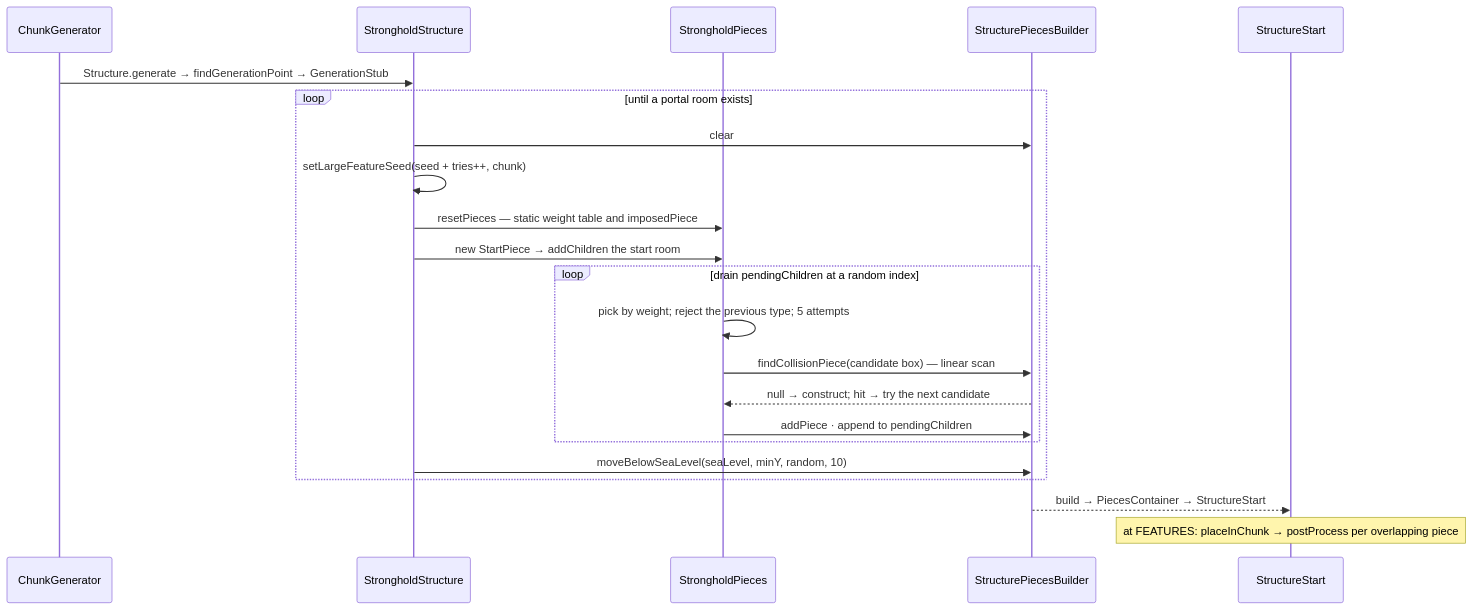
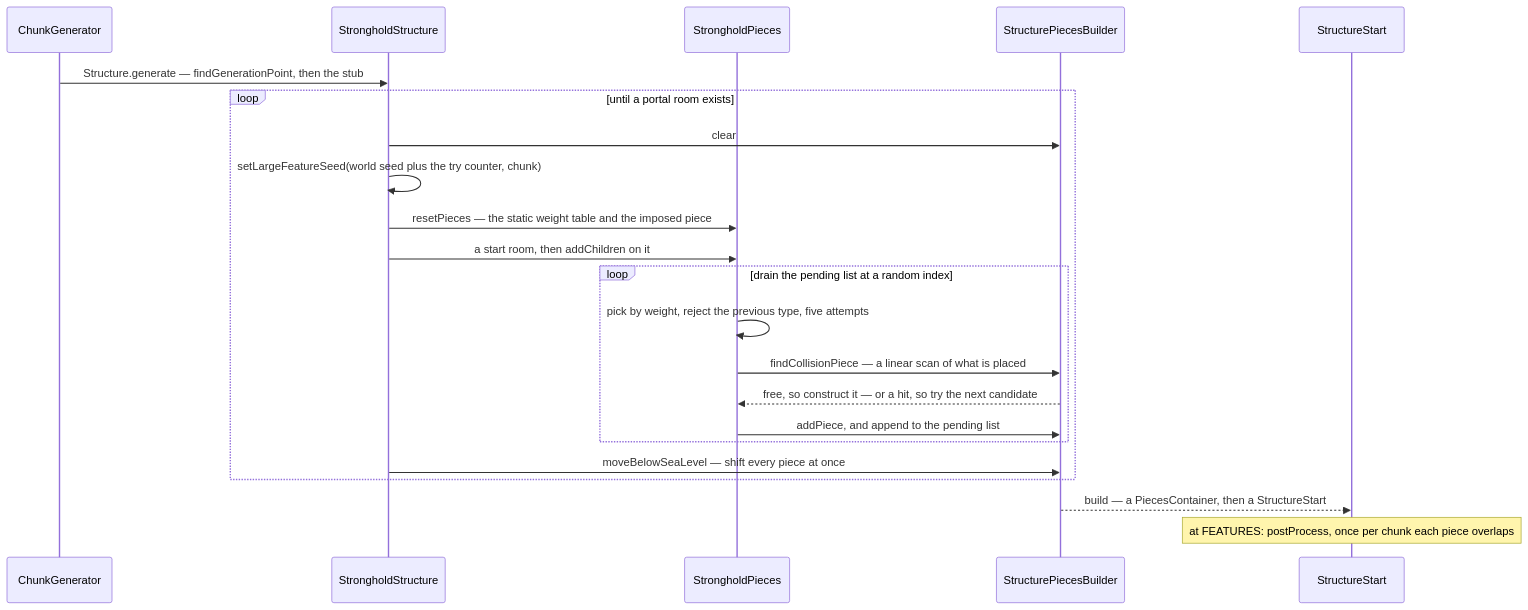
One commit to AlexanderjFraser/MinecraftDocs changed the diagram in src/systems/worldgen/hand-built-structures.md. Above: the diagram before and after it, drawn with Mermaid. The commit also changed other lines of this file and 27 other files, not shown here.

````diff
--- a/src/systems/worldgen/hand-built-structures.md
+++ b/src/systems/worldgen/hand-built-structures.md
@@ -111,25 +90,25 @@
 ```mermaid
 sequenceDiagram
-    participant CG as ChunkGenerator
-    participant SS as StrongholdStructure
-    participant SP as StrongholdPieces
-    participant PB as StructurePiecesBuilder
-    participant ST as StructureStart
+    participant ChunkG as ChunkGenerator
+    participant SStr as StrongholdStructure
+    participant SPie as StrongholdPieces
+    participant SPB as StructurePiecesBuilder
+    participant SStart as StructureStart
 
-    CG->>SS: Structure.generate → findGenerationPoint → GenerationStub
+    ChunkG->>SStr: Structure.generate — findGenerationPoint, then the stub
     loop until a portal room exists
-        SS->>PB: clear
-        SS->>SS: setLargeFeatureSeed(seed + tries++, chunk)
-        SS->>SP: resetPieces — static weight table and imposedPiece
-        SS->>SP: new StartPiece → addChildren the start room
-        loop drain pendingChildren at a random index
-            SP->>SP: pick by weight#59; reject the previous type#59; 5 attempts
-            SP->>PB: findCollisionPiece(candidate box) — linear scan
-            PB-->>SP: null → construct#59; hit → try the next candidate
-            SP->>PB: addPiece · append to pendingChildren
+        SStr->>SPB: clear
+        SStr->>SStr: setLargeFeatureSeed(world seed plus the try counter, chunk)
+        SStr->>SPie: resetPieces — the static weight table and the imposed piece
+        SStr->>SPie: a start room, then addChildren on it
+        loop drain the pending list at a random index
+            SPie->>SPie: pick by weight, reject the previous type, five attempts
+            SPie->>SPB: findCollisionPiece — a linear scan of what is placed
+            SPB-->>SPie: free, so construct it — or a hit, so try the next candidate
+            SPie->>SPB: addPiece, and append to the pending list
         end
-        SS->>PB: moveBelowSeaLevel(seaLevel, minY, random, 10)
+        SStr->>SPB: moveBelowSeaLevel — shift every piece at once
     end
-    PB-->>ST: build → PiecesContainer → StructureStart
-    Note over ST: at FEATURES: placeInChunk → postProcess per overlapping piece
+    SPB-->>SStart: build — a PiecesContainer, then a StructureStart
+    Note over SStart: at FEATURES: postProcess, once per chunk each piece overlaps
 ```
````
